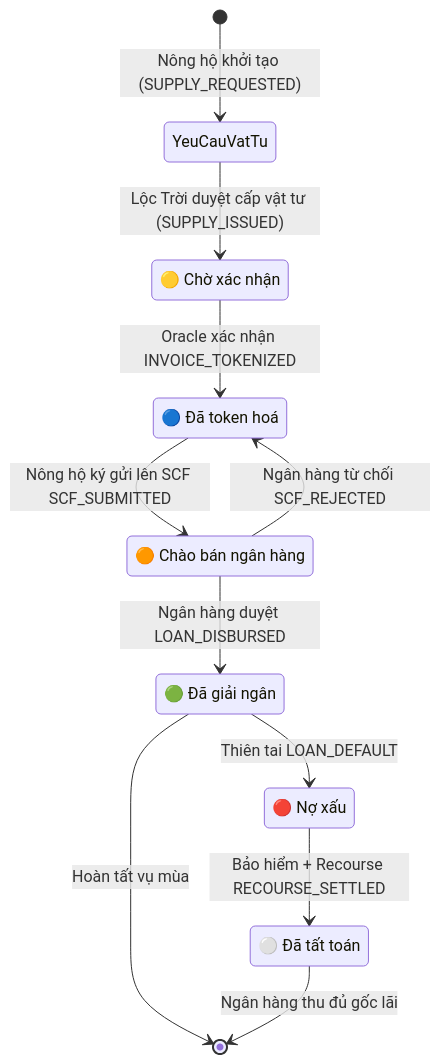
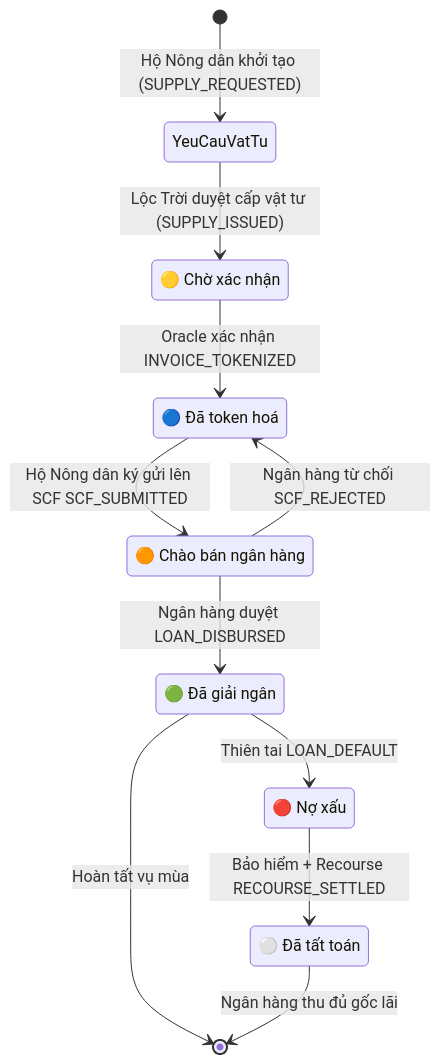
One commit to yudnhat25/loctroi-app changed the second of 5 diagrams in SYSTEM_DOCS.md. Above: the diagram before and after it, drawn with Mermaid. The commit also changed other lines of this file and 12 other files, not shown here.

````diff
--- a/SYSTEM_DOCS.md
+++ b/SYSTEM_DOCS.md
@@ -63,21 +63,21 @@
 ```mermaid
 stateDiagram-v2
-    [*] --> YeuCauVatTu : Nông hộ khởi tạo (SUPPLY_REQUESTED)
+    [*] --> YeuCauVatTu : Hộ Nông dân khởi tạo (SUPPLY_REQUESTED)
     YeuCauVatTu --> ChoXacNhan : Lộc Trời duyệt cấp vật tư (SUPPLY_ISSUED)
 
     ChoXacNhan : 🟡 Chờ xác nhận
     DaTokenHoa : 🔵 Đã token hoá
     ChaoBanNH : 🟠 Chào bán ngân hàng
     DaGiaiNgan : 🟢 Đã giải ngân
     NoXau : 🔴 Nợ xấu
     DaTatToan : ⚪ Đã tất toán
 
     ChoXacNhan --> DaTokenHoa : Oracle xác nhận INVOICE_TOKENIZED
-    DaTokenHoa --> ChaoBanNH : Nông hộ ký gửi lên SCF SCF_SUBMITTED
+    DaTokenHoa --> ChaoBanNH : Hộ Nông dân ký gửi lên SCF SCF_SUBMITTED
     ChaoBanNH --> DaGiaiNgan : Ngân hàng duyệt LOAN_DISBURSED
     ChaoBanNH --> DaTokenHoa : Ngân hàng từ chối SCF_REJECTED
     DaGiaiNgan --> [*] : Hoàn tất vụ mùa
     DaGiaiNgan --> NoXau : Thiên tai LOAN_DEFAULT
     NoXau --> DaTatToan : Bảo hiểm + Recourse RECOURSE_SETTLED
     DaTatToan --> [*] : Ngân hàng thu đủ gốc lãi
 ```
````
